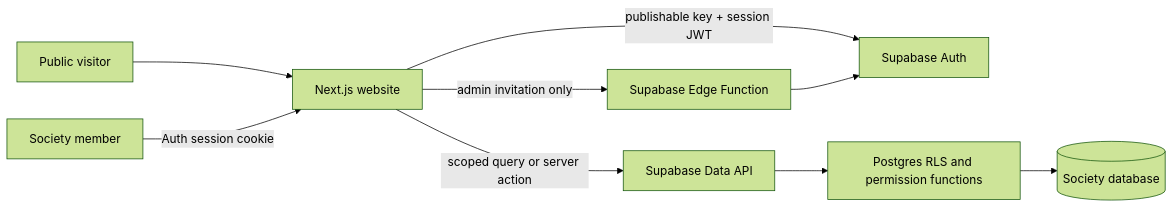
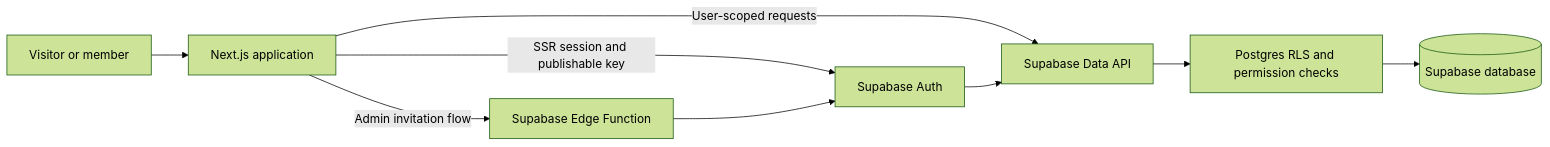
The diagram in README.md (tarunchaudharydev/techtronicaglau), drawn with Mermaid (forest theme) before and after one commit. The commit also changed other lines of this file, not shown here.

```diff
--- a/README.md
+++ b/README.md
@@ -24,11 +41,11 @@
 ~~~mermaid
 flowchart LR
-  Visitor[Public visitor] --> Web[Next.js website]
-  Member[Society member] -->|Auth session cookie| Web
-  Web -->|publishable key + session JWT| Auth[Supabase Auth]
-  Web -->|scoped query or server action| API[Supabase Data API]
-  API --> RLS[Postgres RLS and permission functions]
-  RLS --> DB[(Society database)]
-  Web -->|admin invitation only| Invite[Supabase Edge Function]
+  Visitor[Visitor or member] --> Web[Next.js application]
+  Web -->|SSR session and publishable key| Auth[Supabase Auth]
+  Web -->|User-scoped requests| API[Supabase Data API]
+  Auth --> API
+  API --> RLS[Postgres RLS and permission checks]
+  RLS --> DB[(Supabase database)]
+  Web -->|Admin invitation flow| Invite[Supabase Edge Function]
   Invite --> Auth
 ~~~
```
